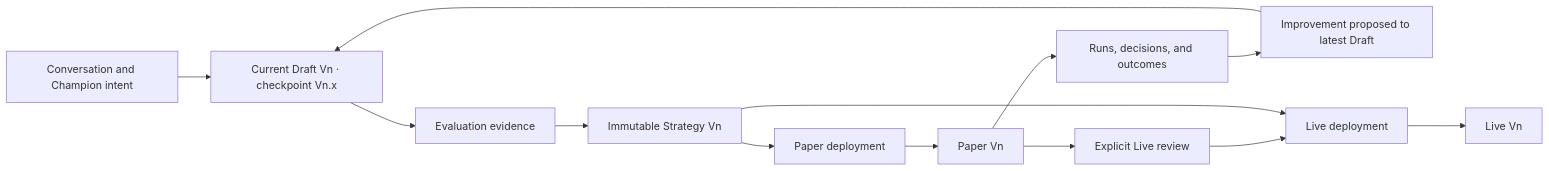
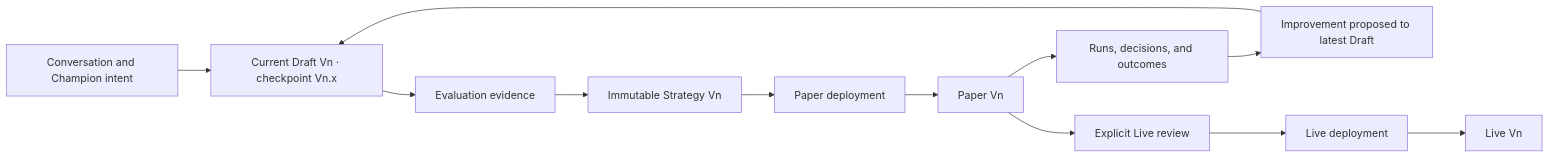
One commit to moosefroggo/vantheon-architecture changed the diagram in README.md. Above: the diagram before and after it, drawn with Mermaid. The commit also changed other lines of this file and 19 other files, not shown here.

Commit message:
Harden architecture handbook safety gates

````diff
--- a/README.md
+++ b/README.md
@@ -24,15 +24,14 @@
 ```mermaid
 flowchart LR
     A["Conversation and Champion intent"] --> B["Current Draft Vn · checkpoint Vn.x"]
     B --> C["Evaluation evidence"]
     C --> D["Immutable Strategy Vn"]
     D --> PD["Paper deployment"]
     PD --> E["Paper Vn"]
     E --> F["Runs, decisions, and outcomes"]
     F --> G["Improvement proposed to latest Draft"]
     G --> B
     E --> H["Explicit Live review"]
     H --> LD["Live deployment"]
-    D --> LD
     LD --> I["Live Vn"]
 ```
````
